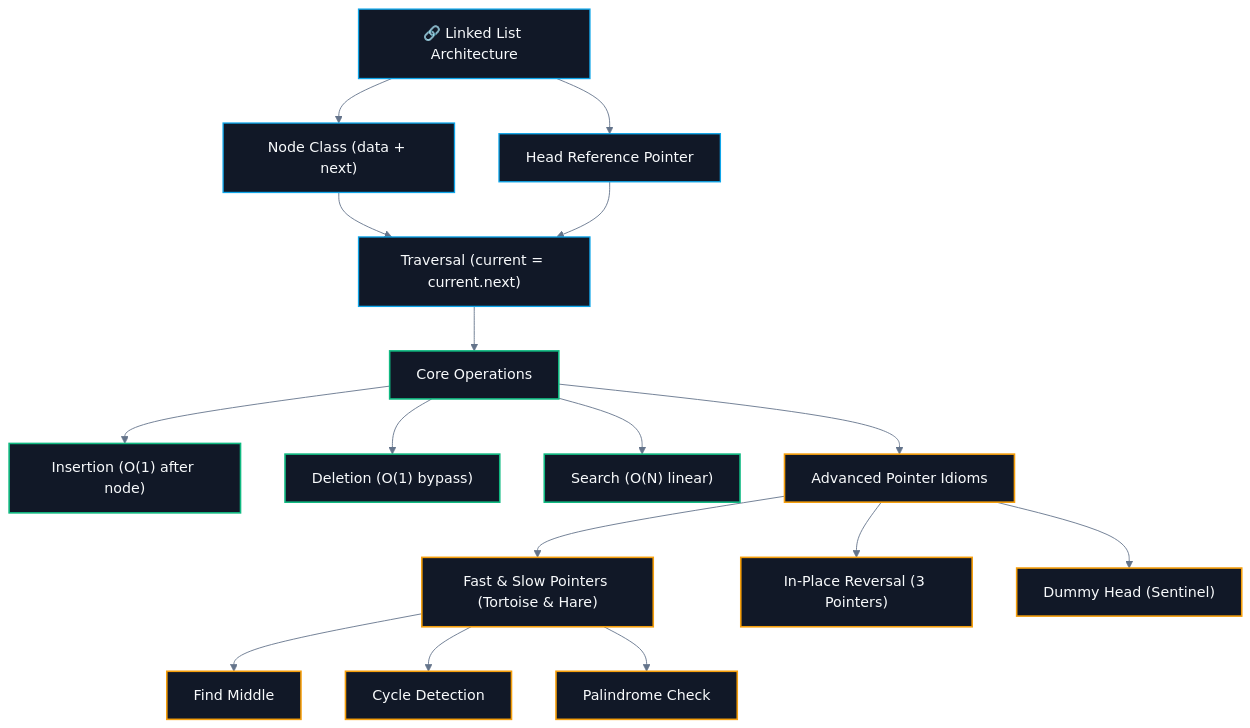
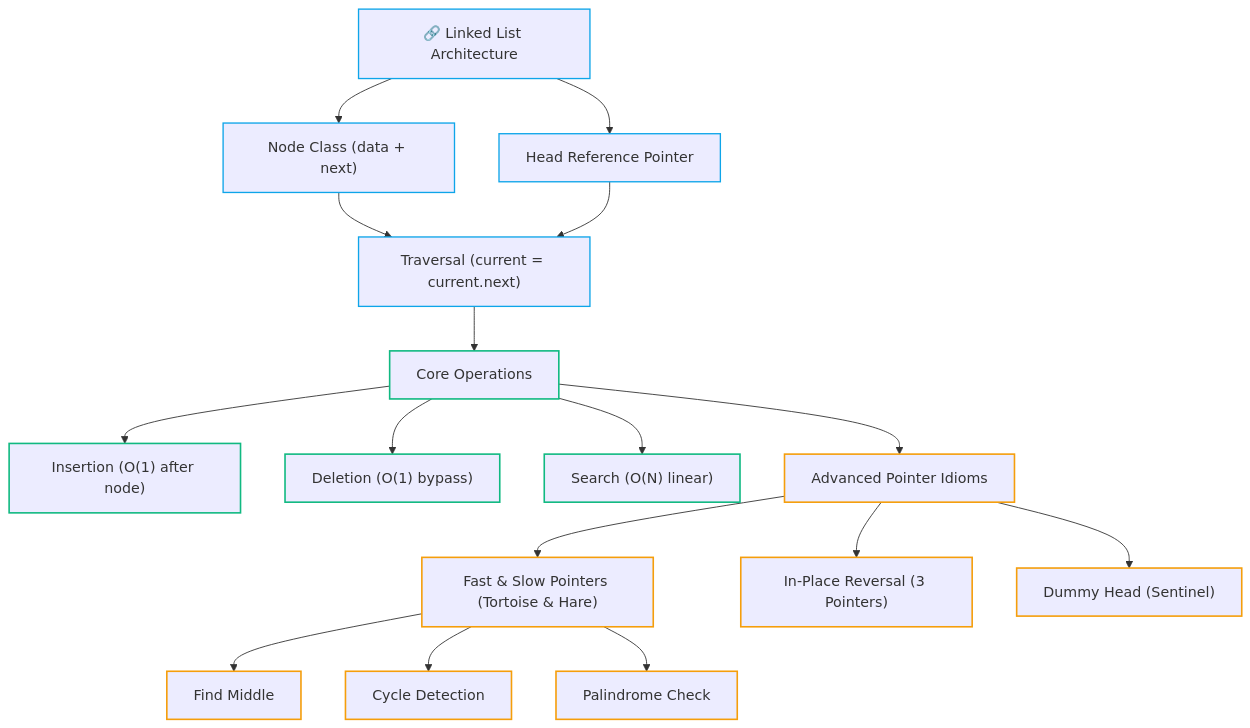
One commit to abhinavbharti2345/CS_Notes changed the diagram in CS/DSA/03. Linked Lists/00. Linked Lists Core.md. Above: the diagram before and after it, drawn with Mermaid. The commit also changed 91 other files, not shown here.

````diff
--- a/CS/DSA/03. Linked Lists/00. Linked Lists Core.md
+++ b/CS/DSA/03. Linked Lists/00. Linked Lists Core.md
@@ -23,30 +23,29 @@
 ```mermaid
-%%{init: {'theme': 'base', 'themeVariables': { 'darkMode': true, 'background': '#0B0F14', 'mainBkg': '#111827', 'primaryColor': '#111827', 'primaryTextColor': '#F8FAFC', 'primaryBorderColor': '#38BDF8', 'lineColor': '#64748B', 'secondaryColor': '#0B0F14', 'tertiaryColor': '#0B0F14', 'clusterBkg': '#0B0F14', 'clusterBorder': '#38BDF8' }}}%%
 flowchart TD
     LL["🔗 Linked List Architecture"]
     LL --> N["Node Class (data + next)"]
     LL --> H["Head Reference Pointer"]
     
     N & H --> T["Traversal (current = current.next)"]
     
     T --> Ops["Core Operations"]
     Ops --> Ins["Insertion (O(1) after node)"]
     Ops --> Del["Deletion (O(1) bypass)"]
     Ops --> Sea["Search (O(N) linear)"]
     
     Ops --> Ptr["Advanced Pointer Idioms"]
     Ptr --> FS["Fast & Slow Pointers (Tortoise & Hare)"]
     Ptr --> Rev["In-Place Reversal (3 Pointers)"]
     Ptr --> Dum["Dummy Head (Sentinel)"]
     
     FS --> M1["Find Middle"]
     FS --> M2["Cycle Detection"]
     FS --> M3["Palindrome Check"]
 
-    classDef core fill:#111827,stroke:#0ea5e9,stroke-width:1.5px,color:#F8FAFC;
-    classDef ops fill:#111827,stroke:#10b981,stroke-width:1.8px,color:#F8FAFC;
-    classDef adv fill:#111827,stroke:#f59e0b,stroke-width:1.8px,color:#F8FAFC;
+    classDef core stroke:#0ea5e9,stroke-width:1.5px;
+    classDef ops stroke:#10b981,stroke-width:1.8px;
+    classDef adv stroke:#f59e0b,stroke-width:1.8px;
     class LL,N,H,T core;
     class Ops,Ins,Del,Sea ops;
     class Ptr,FS,Rev,Dum,M1,M2,M3 adv;
 ```
````
